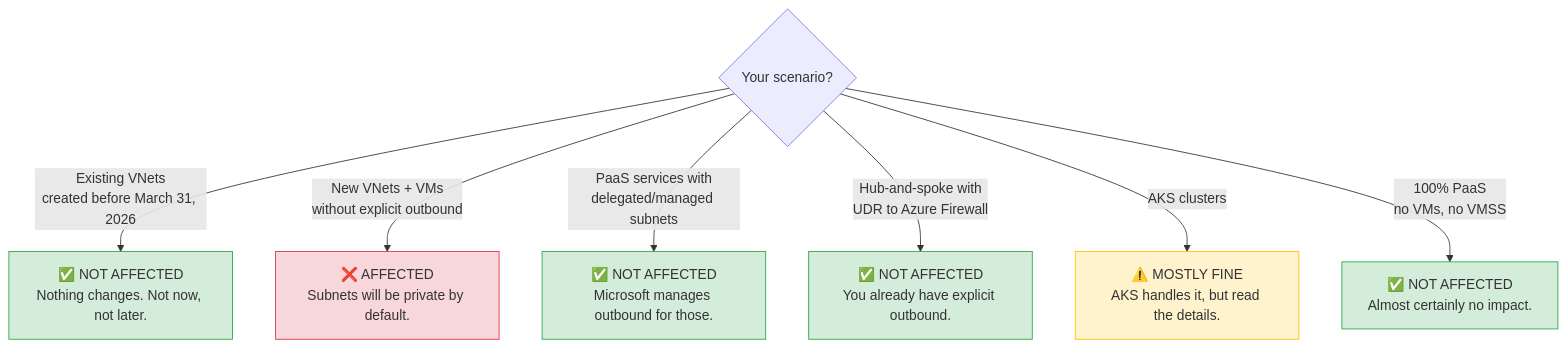
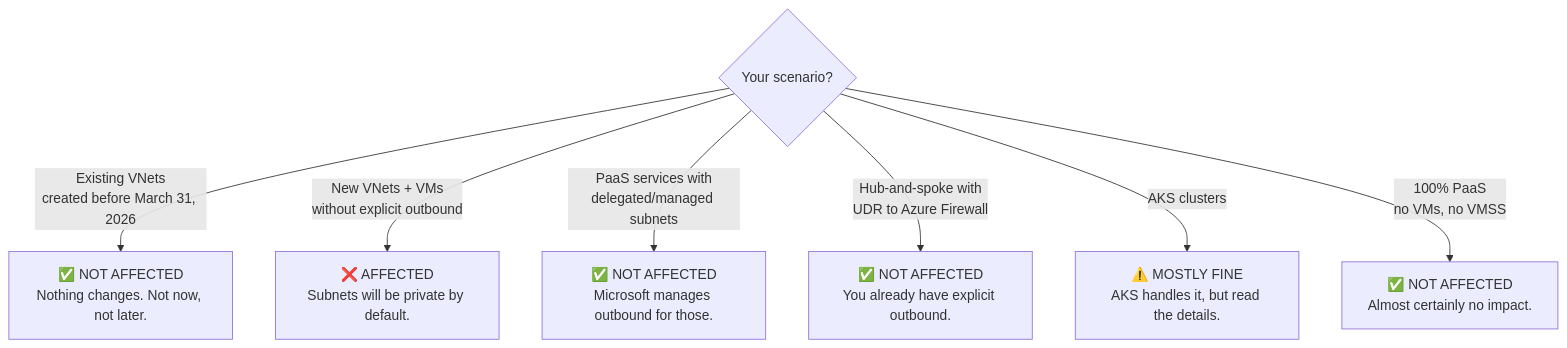
The first of 10 diagrams in _posts/2026-03-19-Azure-Default-Outbound-Access-Retirement.md (pthoor/pthoor.github.io), drawn with Mermaid before and after one commit. The commit also changed other lines of this file and 2 other files, not shown here.

Commit message:
Final mermaid fixes

````diff
--- a/_posts/2026-03-19-Azure-Default-Outbound-Access-Retirement.md
+++ b/_posts/2026-03-19-Azure-Default-Outbound-Access-Retirement.md
@@ -25,16 +25,10 @@
 ```mermaid
 flowchart TD
     Q1{"Your scenario?"} -->|Existing VNets<br/>created before March 31, 2026| A1["✅ NOT AFFECTED<br/>Nothing changes. Not now, not later."]
     Q1 -->|New VNets + VMs<br/>without explicit outbound| A2["❌ AFFECTED<br/>Subnets will be private by default."]
     Q1 -->|PaaS services with<br/>delegated/managed subnets| A3["✅ NOT AFFECTED<br/>Microsoft manages outbound for those."]
     Q1 -->|Hub-and-spoke with<br/>UDR to Azure Firewall| A4["✅ NOT AFFECTED<br/>You already have explicit outbound."]
     Q1 -->|AKS clusters| A5["⚠️ MOSTLY FINE<br/>AKS handles it, but read the details."]
     Q1 -->|100% PaaS<br/>no VMs, no VMSS| A6["✅ NOT AFFECTED<br/>Almost certainly no impact."]
 
-    style A1 fill:#d4edda,stroke:#28a745
-    style A2 fill:#f8d7da,stroke:#dc3545
-    style A3 fill:#d4edda,stroke:#28a745
-    style A4 fill:#d4edda,stroke:#28a745
-    style A5 fill:#fff3cd,stroke:#ffc107
-    style A6 fill:#d4edda,stroke:#28a745
 ```
````
